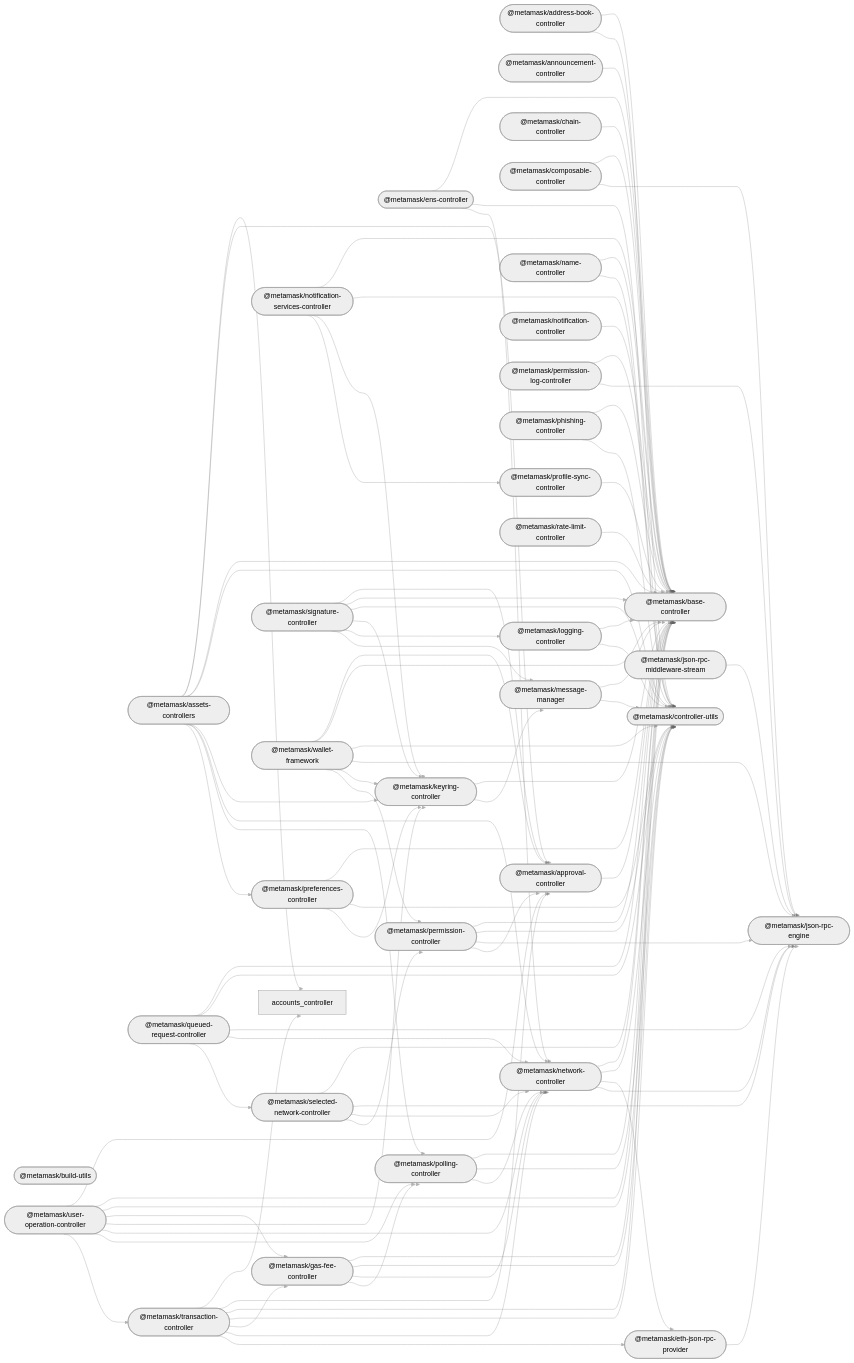
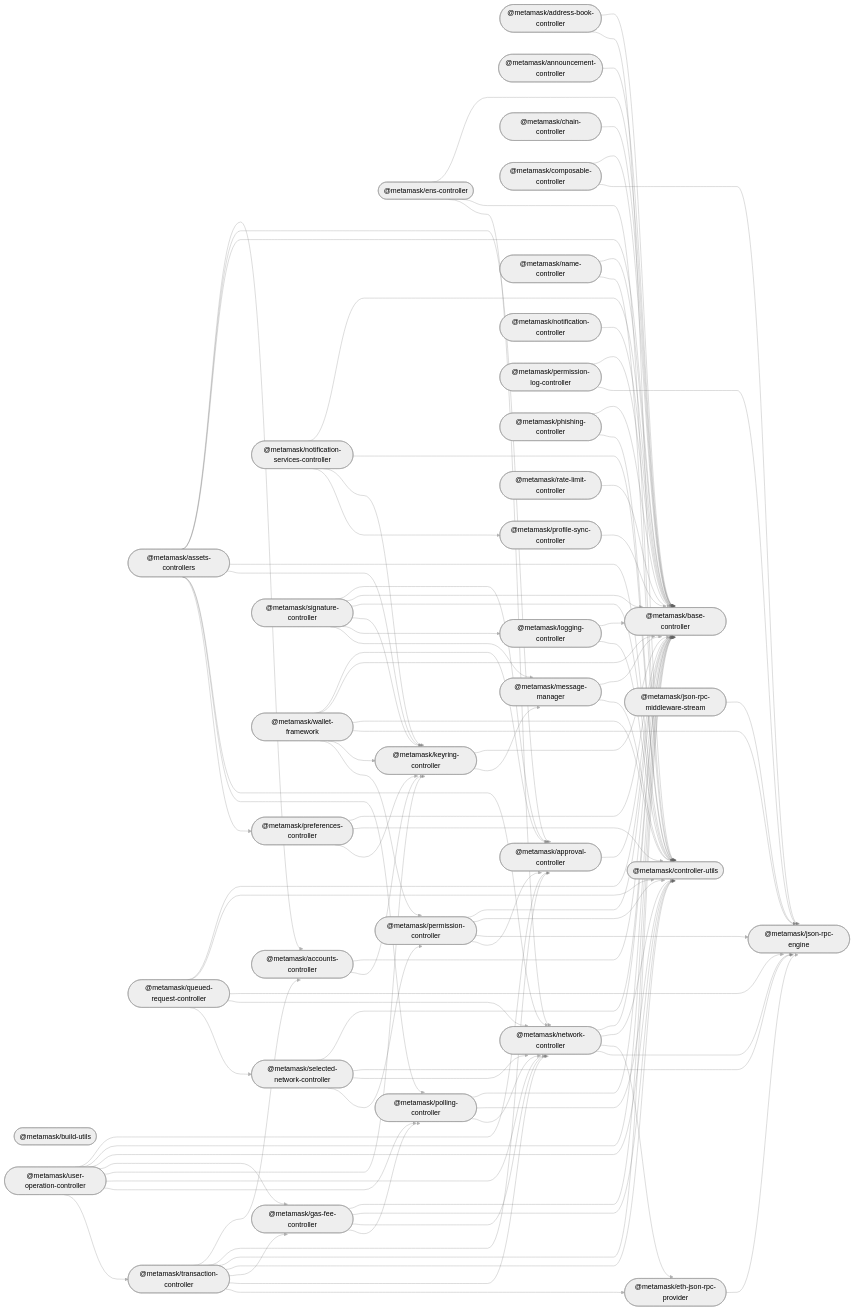
Before and after one commit to MetaMask/core: the diagram in README.md, drawn with Mermaid (neutral theme). The commit also changed other lines of this file and 2 other files, not shown here.

Commit message:
Fix README graph

```diff
--- a/README.md
+++ b/README.md
@@ -53,6 +54,7 @@
 %%{ init: { 'flowchart': { 'curve': 'bumpX' } } }%%
 graph LR;
 linkStyle default opacity:0.5
+  accounts_controller(["@metamask/accounts-controller"]);
   address_book_controller(["@metamask/address-book-controller"]);
   announcement_controller(["@metamask/announcement-controller"]);
   approval_controller(["@metamask/approval-controller"]);
@@ -87,6 +89,8 @@
   transaction_controller(["@metamask/transaction-controller"]);
   user_operation_controller(["@metamask/user-operation-controller"]);
   wallet_framework(["@metamask/wallet-framework"]);
+  accounts_controller --> base_controller;
+  accounts_controller --> keyring_controller;
   address_book_controller --> base_controller;
   address_book_controller --> controller_utils;
   announcement_controller --> base_controller;
```
